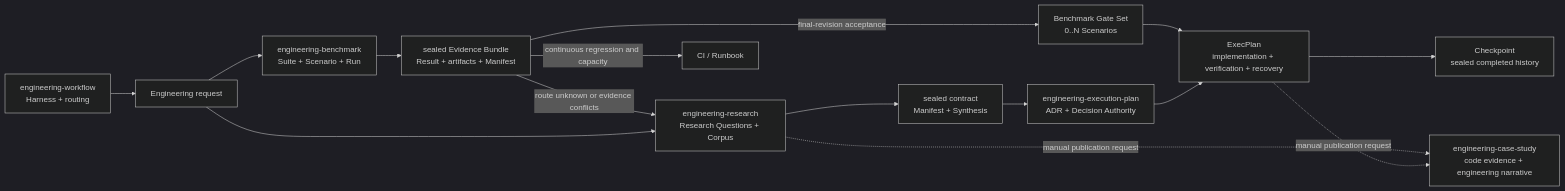
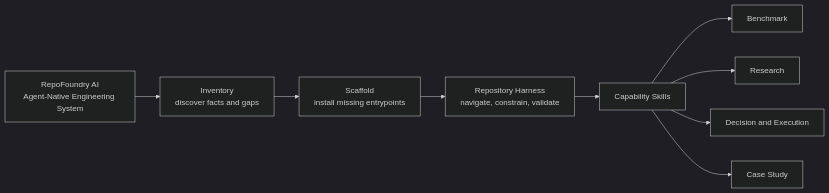
Before and after one commit to XiaoWeiKIN/RepoFoundryAI: the first of 2 diagrams in README.md, drawn with Mermaid (dark theme). The commit also changed other lines of this file and 36 other files, not shown here.

Commit message:
feat: rebrand project as RepoFoundry AI

````diff
--- a/README.md
+++ b/README.md
@@ -31,17 +24,12 @@
 ```mermaid
 flowchart LR
-    W["engineering-workflow<br/>Harness + routing"] --> U["Engineering request"]
-    U --> B["engineering-benchmark<br/>Suite + Scenario + Run"]
-    B --> M0["sealed Evidence Bundle<br/>Result + artifacts + Manifest"]
-    M0 -->|"route unknown or evidence conflicts"| R["engineering-research<br/>Research Questions + Corpus"]
-    M0 -->|"final-revision acceptance"| G["Benchmark Gate Set<br/>0..N Scenarios"]
-    G --> E
-    M0 -->|"continuous regression and capacity"| O["CI / Runbook"]
-    U --> R
-    R --> M["sealed contract<br/>Manifest + Synthesis"]
-    M --> A["engineering-execution-plan<br/>ADR + Decision Authority"]
-    A --> E["ExecPlan<br/>implementation + verification + recovery"]
-    E --> C["Checkpoint<br/>sealed completed history"]
-    R -. "manual publication request" .-> S["engineering-case-study<br/>code evidence + engineering narrative"]
-    E -. "manual publication request" .-> S
+    F["RepoFoundry AI<br/>Agent-Native Engineering System"]
+    F --> I["Inventory<br/>discover facts and gaps"]
+    I --> S["Scaffold<br/>install missing entrypoints"]
+    S --> H["Repository Harness<br/>navigate, constrain, validate"]
+    H --> C["Capability Skills"]
+    C --> B["Benchmark"]
+    C --> R["Research"]
+    C --> E["Decision and Execution"]
+    C --> W["Case Study"]
 ```
````
